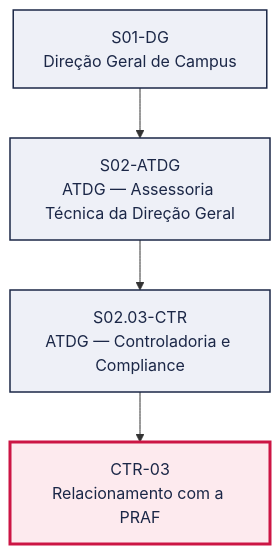
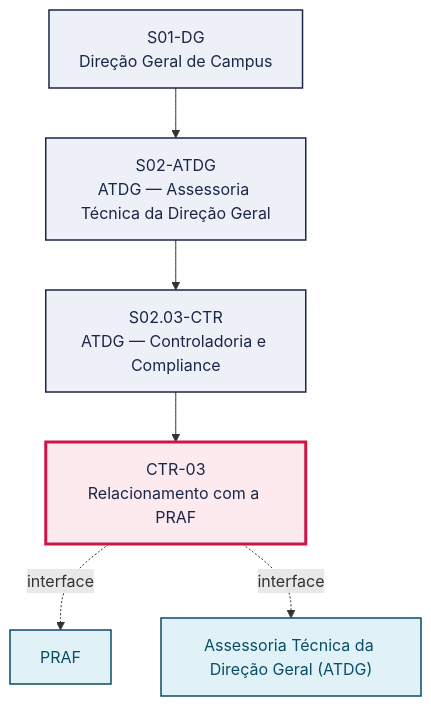
Before and after one commit to jessefers/canvas-vivo-atdg: the first of 2 diagrams in pops/CTR/CTR-03.md, drawn with Mermaid. The commit also changed other lines of this file and 61 other files, not shown here.

````diff
--- a/pops/CTR/CTR-03.md
+++ b/pops/CTR/CTR-03.md
@@ -49,15 +51,20 @@
 ```mermaid
 graph TD
   S01_DG["S01-DG<br/>Direção Geral de Campus"]
   S02_ATDG["S02-ATDG<br/>ATDG — Assessoria Técnica da Direção Geral"]
   S01_DG --> S02_ATDG
   S02_03_CTR["S02.03-CTR<br/>ATDG — Controladoria e Compliance"]
   S02_ATDG --> S02_03_CTR
   P["CTR-03<br/>Relacionamento com a PRAF"]
   S02_03_CTR --> P
+  V1["PRAF"]
+  P -. interface .-> V1
+  V2["Assessoria Técnica da Direção Geral (ATDG)"]
+  P -. interface .-> V2
   classDef setor fill:#EEF0F7,stroke:#1B2747,stroke-width:1.5px,color:#1B2747
   classDef destaque fill:#FDEAEE,stroke:#CC1544,stroke-width:3px,color:#1B2747
   classDef vizinho fill:#E0F2F8,stroke:#0B4D66,stroke-width:1.5px,color:#0B4D66
   class S01_DG,S02_ATDG,S02_03_CTR setor
   class P destaque
+  class V1,V2 vizinho
 ```
````
